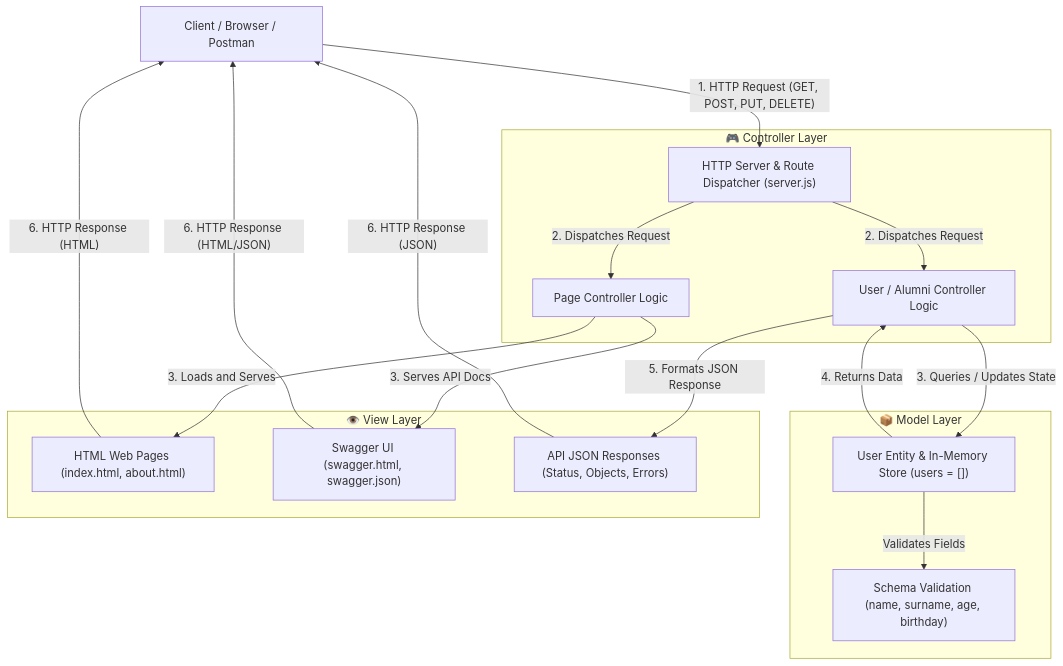
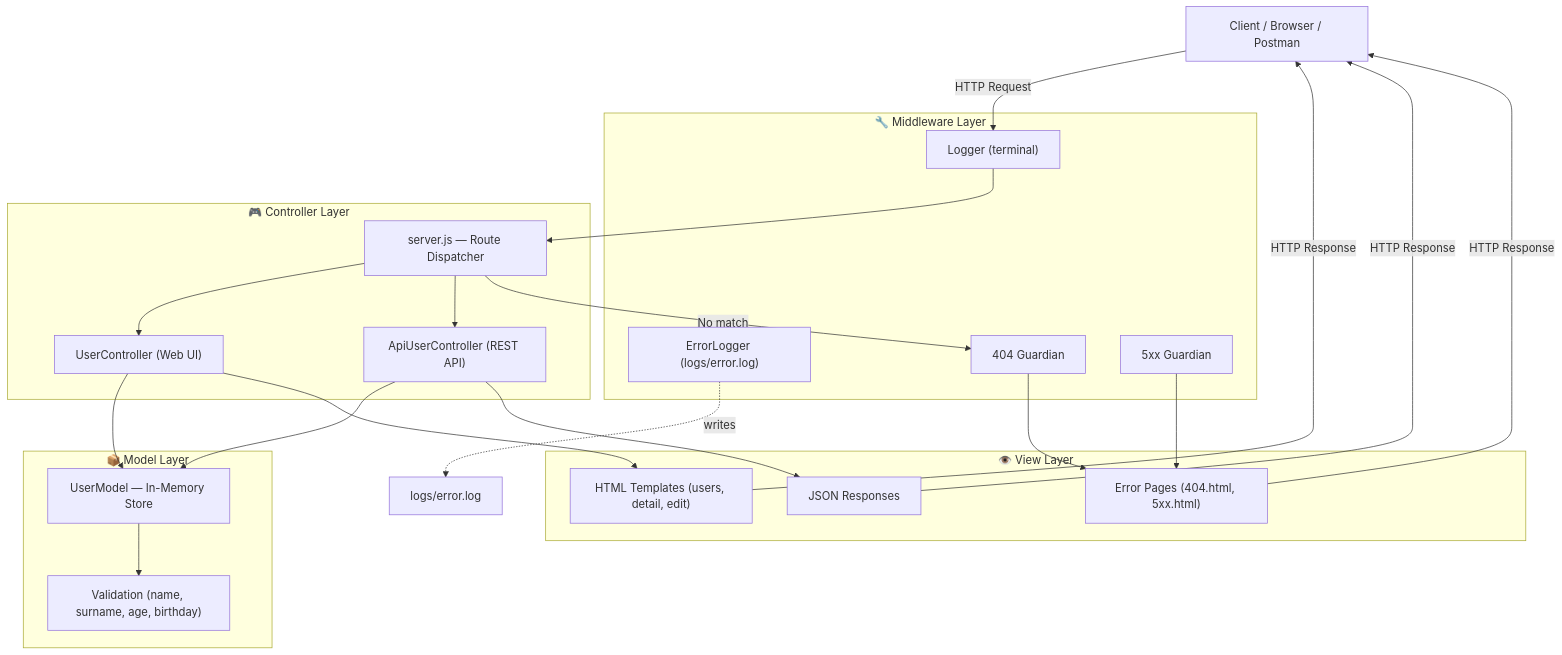
Before and after one commit to kaderdemircan/alumni: the diagram in README.md, drawn with Mermaid. The commit also changed other lines of this file and 10 other files, not shown here.

````diff
--- a/README.md
+++ b/README.md
@@ -74,37 +63,45 @@
 ```mermaid
 flowchart TD
     Client["Client / Browser / Postman"]
-    
-    subgraph ControllerLayer ["🎮 Controller Layer"]
-        Router["HTTP Server & Route Dispatcher (server.js)"]
-        UserCtrl["User / Alumni Controller Logic"]
-        PageCtrl["Page Controller Logic"]
-    end
-    
-    subgraph ModelLayer ["📦 Model Layer"]
-        UserModel["User Entity & In-Memory Store (users = [])"]
-        Validation["Schema Validation (name, surname, age, birthday)"]
-    end
-    
-    subgraph ViewLayer ["👁️ View Layer"]
-        HTMLViews["HTML Web Pages (index.html, about.html)"]
-        SwaggerView["Swagger UI (swagger.html, swagger.json)"]
-        JSONView["API JSON Responses (Status, Objects, Errors)"]
+
+    subgraph Middleware ["🔧 Middleware Layer"]
+        Logger["Logger (terminal)"]
+        ErrorLogger["ErrorLogger (logs/error.log)"]
+        NotFound["404 Guardian"]
+        ErrorGuard["5xx Guardian"]
     end
 
-    Client -->|"1. HTTP Request (GET, POST, PUT, DELETE)"| Router
-    Router -->|"2. Dispatches Request"| UserCtrl
-    Router -->|"2. Dispatches Request"| PageCtrl
-    
-    PageCtrl -->|"3. Loads and Serves"| HTMLViews
-    PageCtrl -->|"3. Serves API Docs"| SwaggerView
-    
-    UserCtrl -->|"3. Queries / Updates State"| UserModel
-    UserModel -->|"Validates Fields"| Validation
-    UserModel -->|"4. Returns Data"| UserCtrl
-    
-    UserCtrl -->|"5. Formats JSON Response"| JSONView
-    HTMLViews -->|"6. HTTP Response (HTML)"| Client
-    SwaggerView -->|"6. HTTP Response (HTML/JSON)"| Client
-    JSONView -->|"6. HTTP Response (JSON)"| Client
+    subgraph ControllerLayer ["🎮 Controller Layer"]
+        Router["server.js — Route Dispatcher"]
+        UserCtrl["UserController (Web UI)"]
+        ApiCtrl["ApiUserController (REST API)"]
+    end
+
+    subgraph ModelLayer ["📦 Model Layer"]
+        UserModel["UserModel — In-Memory Store"]
+        Validation["Validation (name, surname, age, birthday)"]
+    end
+
+    subgraph ViewLayer ["👁️ View Layer"]
+        HTMLViews["HTML Templates (users, detail, edit)"]
+        ErrorPages["Error Pages (404.html, 5xx.html)"]
+        JSONView["JSON Responses"]
+    end
+
+    Client -->|HTTP Request| Logger
+    Logger --> Router
+    Router --> UserCtrl
+    Router --> ApiCtrl
+    Router -->|No match| NotFound
+    UserCtrl --> UserModel
+    ApiCtrl --> UserModel
+    UserModel --> Validation
+    UserCtrl --> HTMLViews
+    ApiCtrl --> JSONView
+    NotFound --> ErrorPages
+    ErrorGuard --> ErrorPages
+    HTMLViews -->|HTTP Response| Client
+    JSONView -->|HTTP Response| Client
+    ErrorPages -->|HTTP Response| Client
+    ErrorLogger -.->|writes| LogFile["logs/error.log"]
 ```
````
